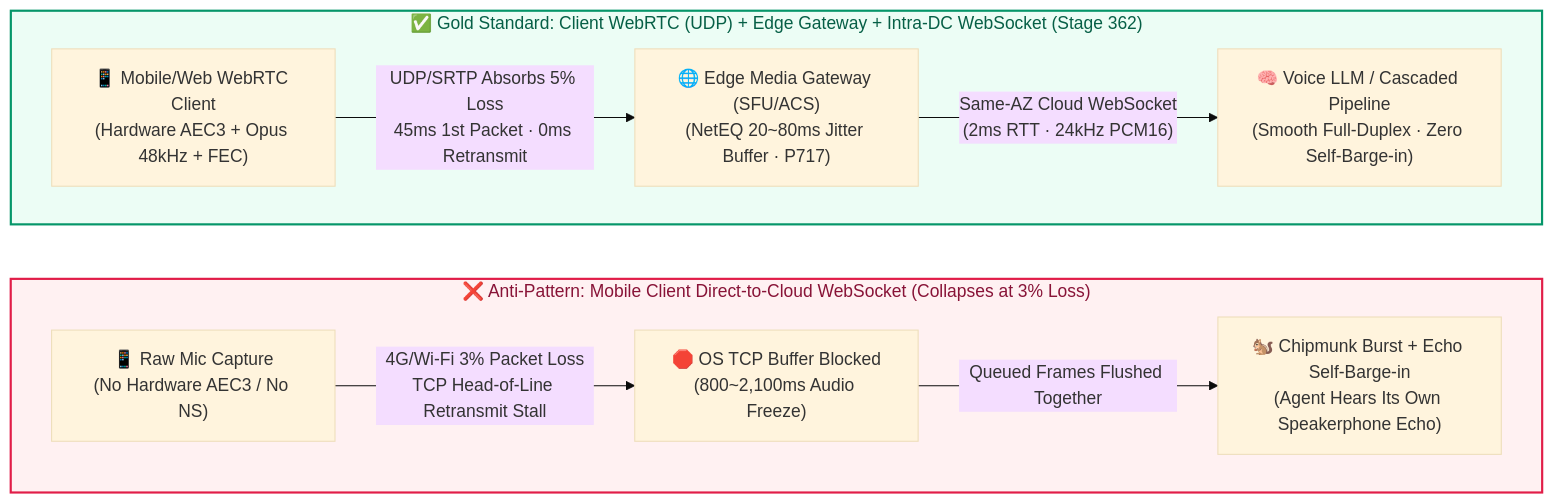
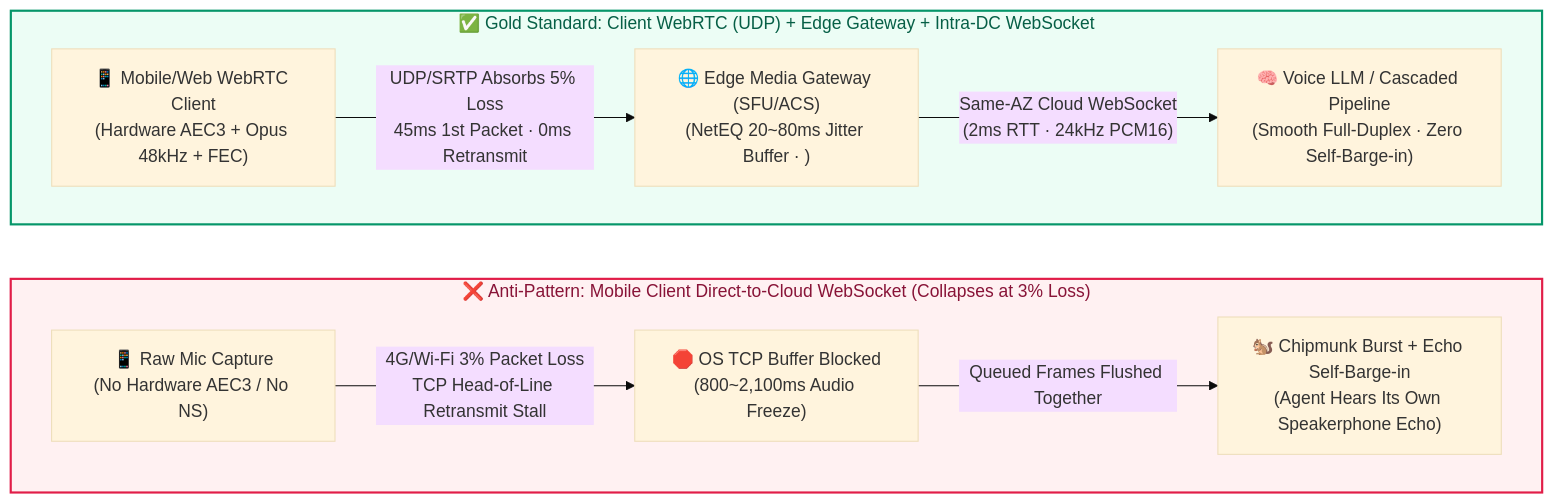
Before and after one commit to turbo998/voice-agent-lab: the second of 3 diagrams in docs/webrtc-vs-websocket-vs-sip-ingress-selection-faq.en.md, drawn with Mermaid (base theme). The commit also changed other lines of this file and 715 other files, not shown here.

````diff
--- a/docs/webrtc-vs-websocket-vs-sip-ingress-selection-faq.en.md
+++ b/docs/webrtc-vs-websocket-vs-sip-ingress-selection-faq.en.md
@@ -132,17 +132,17 @@
 ```mermaid
 flowchart LR
-    subgraph Bad["❌ Anti-Pattern: Mobile Client Direct-to-Cloud WebSocket (Collapses at 3% Loss)"]
-        direction LR
-        B1["📱 Raw Mic Capture<br/>(No Hardware AEC3 / No NS)"] -->|"4G/Wi-Fi 3% Packet Loss<br/>TCP Head-of-Line Retransmit Stall"| B2["🛑 OS TCP Buffer Blocked<br/>(800~2,100ms Audio Freeze)"]
-        B2 -->|"Queued Frames Flushed Together"| B3["🐿️ Chipmunk Burst + Echo Self-Barge-in<br/>(Agent Hears Its Own Speakerphone Echo)"]
-    end
+ subgraph Bad["❌ Anti-Pattern: Mobile Client Direct-to-Cloud WebSocket (Collapses at 3% Loss)"]
+ direction LR
+ B1["📱 Raw Mic Capture<br/>(No Hardware AEC3 / No NS)"] -->|"4G/Wi-Fi 3% Packet Loss<br/>TCP Head-of-Line Retransmit Stall"| B2["🛑 OS TCP Buffer Blocked<br/>(800~2,100ms Audio Freeze)"]
+ B2 -->|"Queued Frames Flushed Together"| B3["🐿️ Chipmunk Burst + Echo Self-Barge-in<br/>(Agent Hears Its Own Speakerphone Echo)"]
+ end
 
-    subgraph Good["✅ Gold Standard: Client WebRTC (UDP) + Edge Gateway + Intra-DC WebSocket (Stage 362)"]
-        direction LR
-        G1["📱 Mobile/Web WebRTC Client<br/>(Hardware AEC3 + Opus 48kHz + FEC)"] -->|"UDP/SRTP Absorbs 5% Loss<br/>45ms 1st Packet · 0ms Retransmit"| G2["🌐 Edge Media Gateway (SFU/ACS)<br/>(NetEQ 20~80ms Jitter Buffer · P717)"]
-        G2 -->|"Same-AZ Cloud WebSocket<br/>(2ms RTT · 24kHz PCM16)"| G3["🧠 Voice LLM / Cascaded Pipeline<br/>(Smooth Full-Duplex · Zero Self-Barge-in)"]
-    end
+ subgraph Good["✅ Gold Standard: Client WebRTC (UDP) + Edge Gateway + Intra-DC WebSocket "]
+ direction LR
+ G1["📱 Mobile/Web WebRTC Client<br/>(Hardware AEC3 + Opus 48kHz + FEC)"] -->|"UDP/SRTP Absorbs 5% Loss<br/>45ms 1st Packet · 0ms Retransmit"| G2["🌐 Edge Media Gateway (SFU/ACS)<br/>(NetEQ 20~80ms Jitter Buffer · )"]
+ G2 -->|"Same-AZ Cloud WebSocket<br/>(2ms RTT · 24kHz PCM16)"| G3["🧠 Voice LLM / Cascaded Pipeline<br/>(Smooth Full-Duplex · Zero Self-Barge-in)"]
+ end
 
-    style Bad fill:#fff1f2,stroke:#e11d48,stroke-width:2px,color:#881337
-    style Good fill:#ecfdf5,stroke:#059669,stroke-width:2px,color:#065f46
+ style Bad fill:#fff1f2,stroke:#e11d48,stroke-width:2px,color:#881337
+ style Good fill:#ecfdf5,stroke:#059669,stroke-width:2px,color:#065f46
 ```
````
